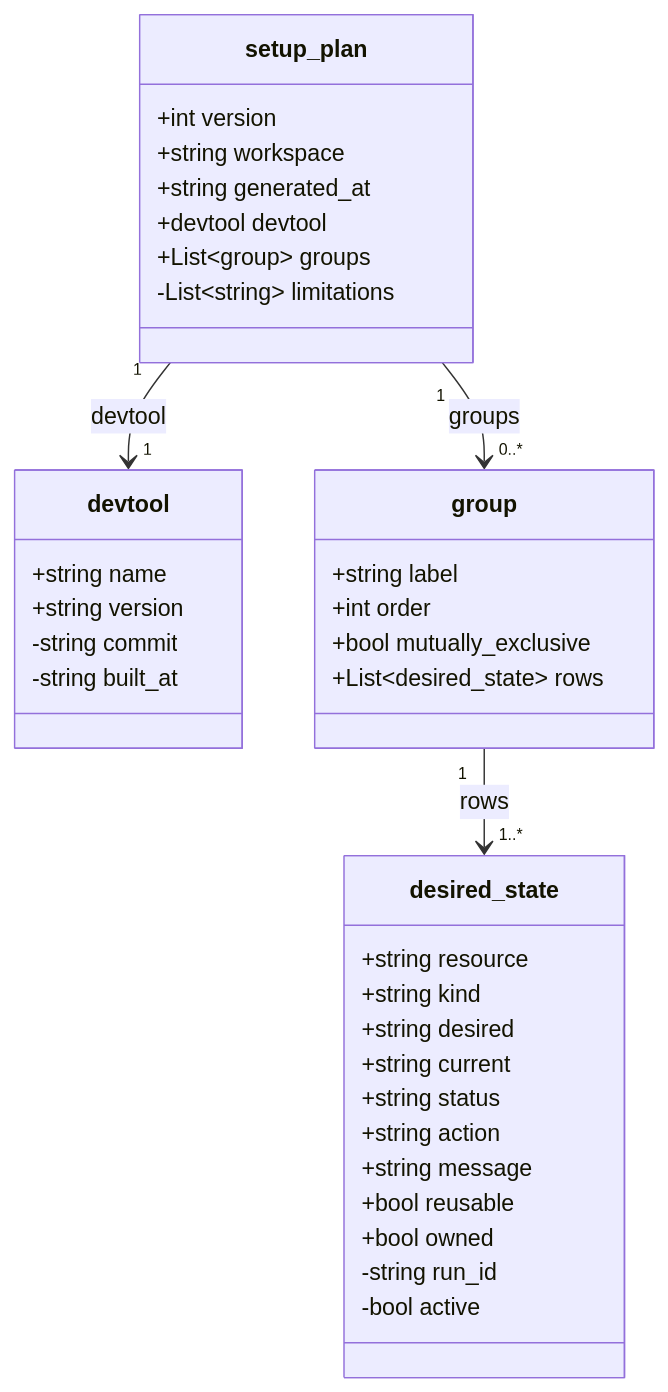
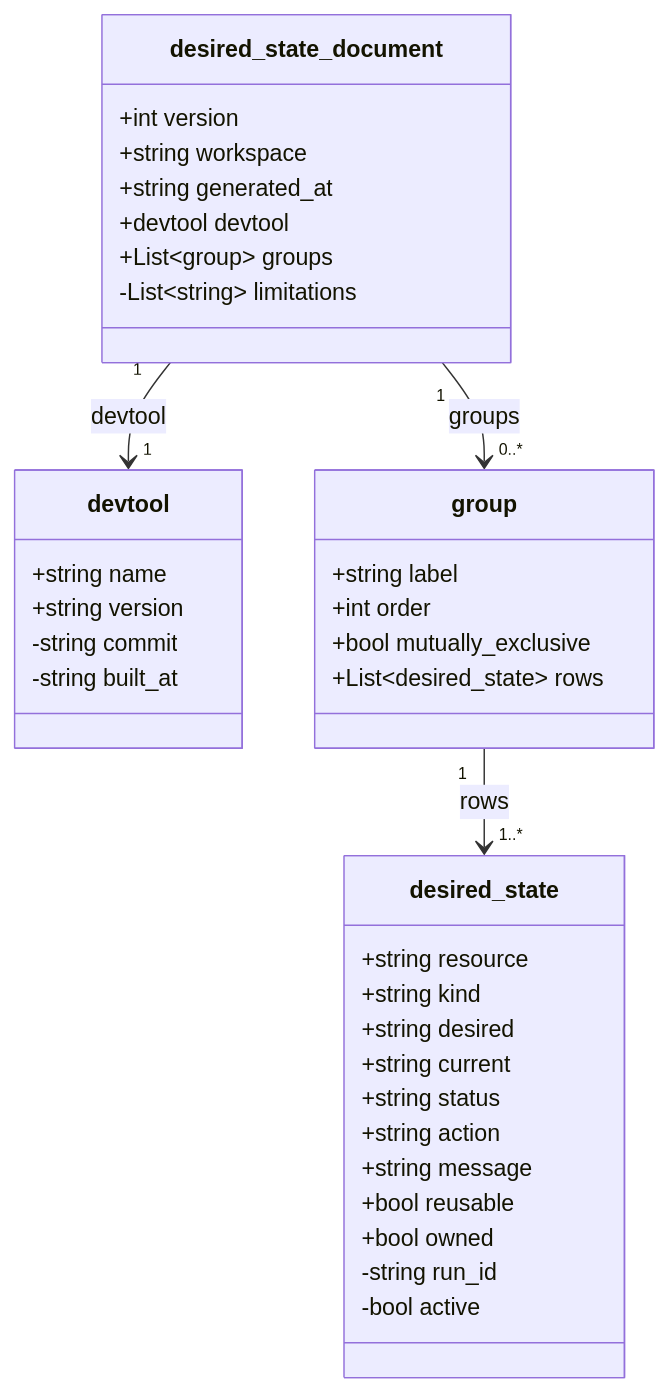
One commit to david-aggeler/keel changed the third of 5 diagrams in docs/wire-schema.md. Above: the diagram before and after it, drawn with Mermaid. The commit also changed other lines of this file and 21 other files, not shown here.

````diff
--- a/docs/wire-schema.md
+++ b/docs/wire-schema.md
@@ -84,39 +84,39 @@
 ```mermaid
 classDiagram
-    class setup_plan {
+    class desired_state_document {
         +int version
         +string workspace
         +string generated_at
         +devtool devtool
         +List~group~ groups
         -List~string~ limitations
     }
     class devtool {
         +string name
         +string version
         -string commit
         -string built_at
     }
     class group {
         +string label
         +int order
         +bool mutually_exclusive
         +List~desired_state~ rows
     }
     class desired_state {
         +string resource
         +string kind
         +string desired
         +string current
         +string status
         +string action
         +string message
         +bool reusable
         +bool owned
         -string run_id
         -bool active
     }
-    setup_plan "1" --> "1" devtool : devtool
-    setup_plan "1" --> "0..*" group : groups
+    desired_state_document "1" --> "1" devtool : devtool
+    desired_state_document "1" --> "0..*" group : groups
     group "1" --> "1..*" desired_state : rows
 ```
````
